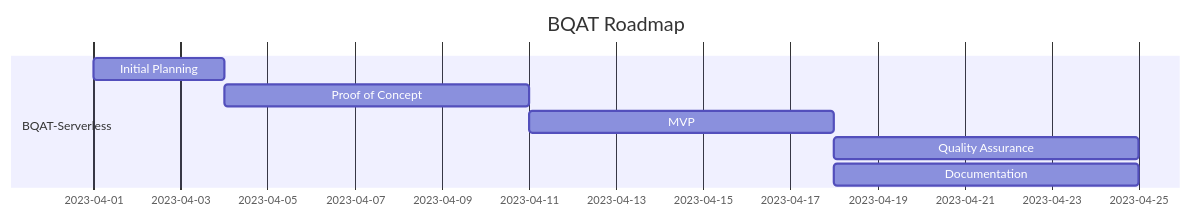
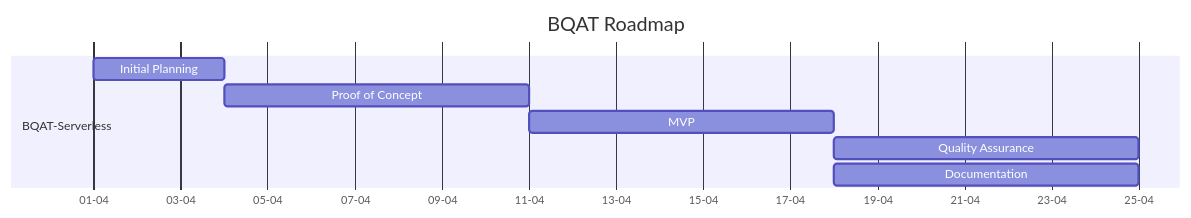
Before and after one commit to Biometix/biometix.github.io: the diagram in solutions/roadmap.md, drawn with Mermaid.

````diff
--- a/solutions/roadmap.md
+++ b/solutions/roadmap.md
@@ -12,12 +12,13 @@
 ``` mermaid
 gantt
     title BQAT Roadmap
     dateFormat  DD-MM
+    axisFormat  %d-%m
 
     section BQAT-Serverless
     Initial Planning    : a1, 01-04, 3d
     Proof of Concept    : a2, after a1, 7d
     MVP                 : a3, after a2, 7d
     Quality Assurance   : a4, after a3, 7d
     Documentation       : after a3, 7d
 ```
````
